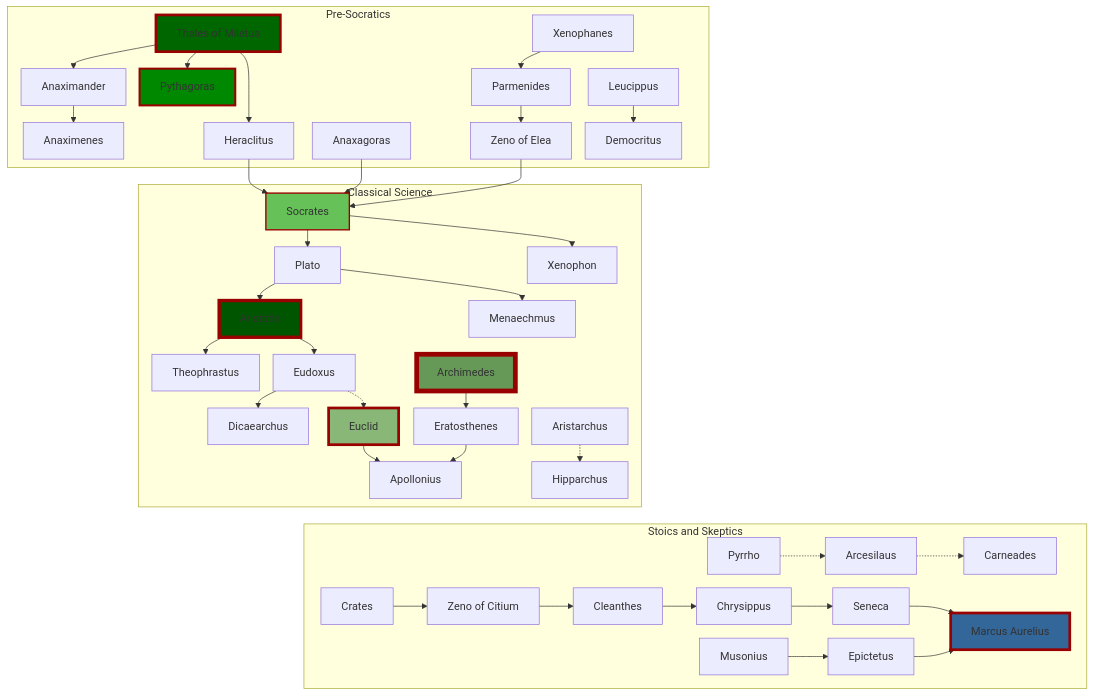
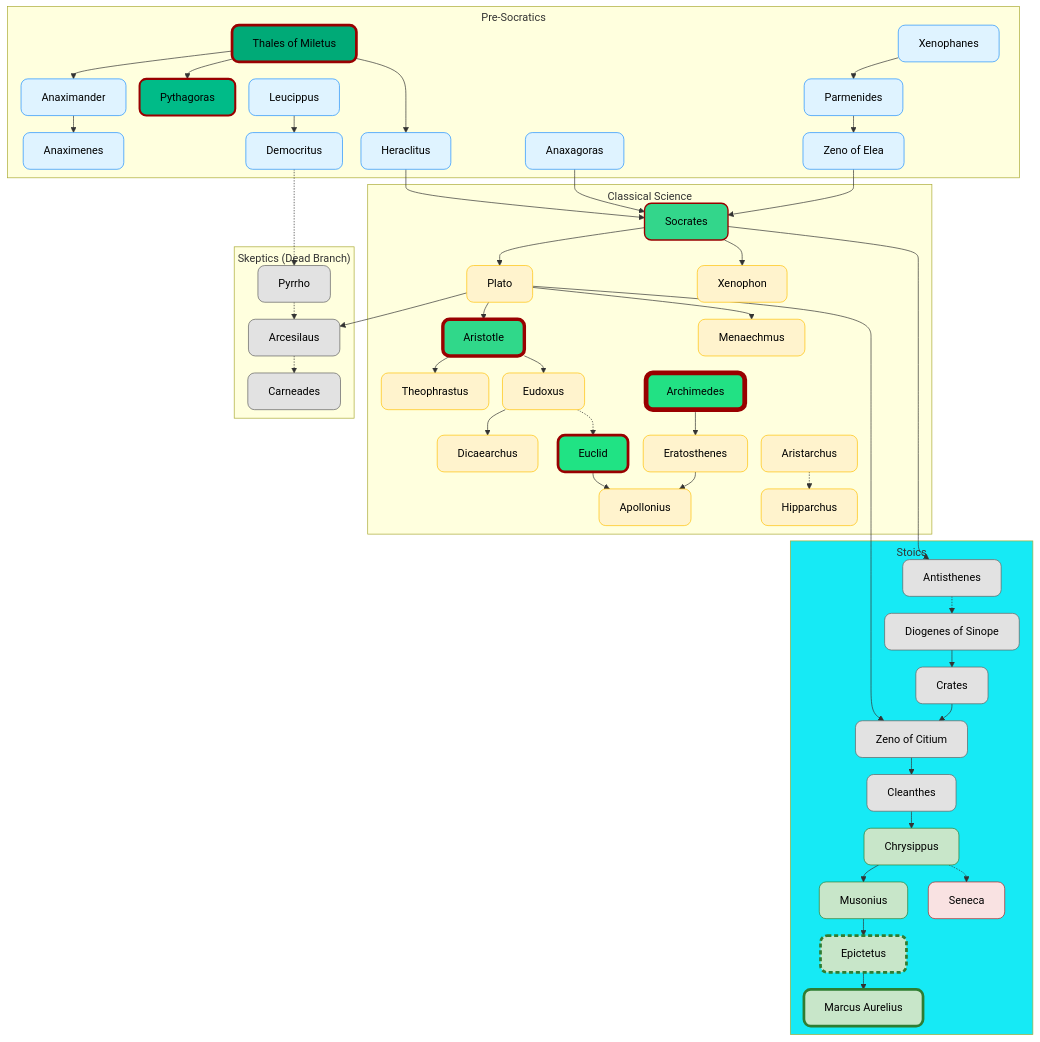
One commit to Gervi-Hera-Vitr/sindri-labs changed the diagram in site/_includes/diagrams/philosophers.mmd. Above: the diagram before and after it, drawn with Mermaid.

Commit message:
Corrected Captain's School of Morals Philosophy diagram

```diff
--- a/site/_includes/diagrams/philosophers.mmd
+++ b/site/_includes/diagrams/philosophers.mmd
@@ -1,102 +1,118 @@
-%%{init: {"flowchart": {"nodeSpacing": 20, "rankSpacing": 25}}}%%
+%%{init: {"flowchart": {"nodeSpacing": 20, "rankSpacing": 25, "subGraphTitleMargin": {"top": 5, "bottom": 10}}}}%%
 graph TD
 %% Transparent background is renderer-dependent; fallbacks applied manually
 
 %% === Pre-Socratics ===
     Thales["Thales of Miletus"] --> Anaximander["Anaximander"]
     Anaximander --> Anaximenes["Anaximenes"]
     Thales --> Pythagoras["Pythagoras"]
     Thales --> Heraclitus["Heraclitus"]
     Heraclitus --> Socrates["Socrates"]
     Anaxagoras["Anaxagoras"] --> Socrates
     Xenophanes["Xenophanes"] --> Parmenides["Parmenides"] --> Zeno_of_Elea["Zeno of Elea"] --> Socrates
     Leucippus["Leucippus"] --> Democritus["Democritus"]
 
 %% === Classical ===
     Socrates --> Plato["Plato"]
     Plato --> Aristotle["Aristotle"]
     Socrates --> Xenophon["Xenophon"]
     Plato --> Menaechmus["Menaechmus"]
     Aristotle --> Theophrastus["Theophrastus"]
     Aristotle --> Eudoxus["Eudoxus"]
     Eudoxus --> Dicaearchus["Dicaearchus"]
     Eudoxus -.-> Euclid["Euclid"]
     Euclid --> Apollonius["Apollonius"]
     Aristarchus["Aristarchus"] -.-> Hipparchus["Hipparchus"]
     Archimedes["Archimedes"] --> Eratosthenes["Eratosthenes"] --> Apollonius
 
 %% === Stoics & Skeptics ===
-    Crates["Crates"] --> ZenoC["Zeno of Citium"] --> Cleanthes["Cleanthes"] --> Chrysippus["Chrysippus"]
-    Pyrrho["Pyrrho"] -.-> Arcesilaus["Arcesilaus"] -.-> Carneades["Carneades"]
-    Chrysippus --> Seneca["Seneca"]
-    Seneca --> Marcus["Marcus Aurelius"]
-    Musonius["Musonius"] --> Epictetus["Epictetus"] --> Marcus
+    Socrates --> Antisthenes["Antisthenes"]
+    Antisthenes -.-> DiogenesS["Diogenes of Sinope"] --> Crates["Crates"]
+    Plato --> ZenoC["Zeno of Citium"]
+    Crates --> ZenoC --> Cleanthes["Cleanthes"] --> Chrysippus["Chrysippus"]
+    Plato --> Arcesilaus["Arcesilaus"]
+    Democritus -.-> Pyrrho["Pyrrho"]
+    Pyrrho -.-> Arcesilaus -.-> Carneades["Carneades"]
+    Chrysippus --> Musonius["Musonius"]
+    Chrysippus -.-> Seneca["Seneca"]
+    Musonius --> Epictetus["Epictetus"] --> Marcus["Marcus Aurelius"]
 
 %% === Subgraphs for clarity ===
     subgraph PRE[Pre-Socratics]
         Thales
         Anaximander
         Anaximenes
         Pythagoras
         Heraclitus
         Xenophanes
         Parmenides
         Zeno_of_Elea
         Anaxagoras
         Leucippus
         Democritus
     end
 
     subgraph CLASSICS[Classical Science]
         Socrates
         Plato
         Aristotle
         Xenophon
         Menaechmus
         Theophrastus
         Eudoxus
         Dicaearchus
         Euclid
         Archimedes
         Aristarchus
         Hipparchus
         Eratosthenes
         Apollonius
     end
 
-    subgraph STCS[Stoics and Skeptics]
+    subgraph STCS[Stoics]
+        Antisthenes
+        DiogenesS
         Crates
         ZenoC
         Cleanthes
         Chrysippus
-        Pyrrho
-        Arcesilaus
-        Carneades
         Seneca
         Musonius
         Epictetus
         Marcus
     end
 
+    subgraph SKPT["Skeptics (Dead Branch)"]
+        Pyrrho
+        Arcesilaus
+        Carneades
+    end
+
 %% === Forced Styling for Compatibility (basic) ===
-    classDef presocratic fill:#dff3ff,stroke:#1e90ff,color:#000;
-    classDef classical fill:#fff3cd,stroke:#ffc107,color:#000;
-    classDef stoic fill:#e2e2e2,stroke:#606060,color:#000;
-    classDef roman fill:#f9e2e2,stroke:#b22222,color:#000;
-    classDef rounded rx:10,ry:10;
+    classDef presocratic fill:#dff3ff,stroke:#1e90ff,color:#000,rx:10,ry:10;
+    classDef classical fill:#fff3cd,stroke:#ffc107,color:#000,rx:10,ry:10;
+    classDef stoic fill:#e2e2e2,stroke:#606060,color:#000,rx:10,ry:10;
+    classDef roman fill:#f9e2e2,stroke:#b22222,color:#000,rx:10,ry:10;
 
-    class Thales,Anaximander,Anaximenes,Pythagoras,Heraclitus,Xenophanes,Parmenides,Zeno_of_Elea,Anaxagoras,Leucippus,Democritus presocratic,rounded;
-    class Socrates,Plato,Aristotle,Xenophon,Menaechmus,Theophrastus,Eudoxus,Dicaearchus,Euclid,Archimedes,Aristarchus,Hipparchus,Eratosthenes,Apollonius classical,rounded;
-    class Crates,ZenoC,Cleanthes,Chrysippus stoic,rounded;
-    class Pyrrho,Arcesilaus,Carneades stoic,rounded;
-    class Seneca,Musonius,Epictetus,Marcus roman,rounded;
+    class Thales,Anaximander,Anaximenes,Pythagoras,Heraclitus,Xenophanes,Parmenides,Zeno_of_Elea,Anaxagoras,Leucippus,Democritus presocratic;
+    class Socrates,Plato,Aristotle,Xenophon,Menaechmus,Theophrastus,Eudoxus,Dicaearchus,Euclid,Archimedes,Aristarchus,Hipparchus,Eratosthenes,Apollonius classical;
+    class Antisthenes,DiogenesS,Crates,ZenoC,Cleanthes,Chrysippus stoic;
+    class Pyrrho,Arcesilaus,Carneades stoic;
+    class Seneca,Musonius,Epictetus,Marcus roman;
 
-    style Thales stroke-width:4px, fill:#006600FF,stroke:#990000FF
-    style Pythagoras stroke-width:3px, fill:#008800FF,stroke:#990000FF
-    style Socrates stroke-width:2px, fill:#00990099,stroke:#990000FF
-    style Aristotle stroke-width:5px, fill:#005500FF,stroke:#990000FF
-    style Euclid stroke-width:4px, fill:#00660077,stroke:#990000FF
-    style Archimedes stroke-width:7px, fill:#00550099,stroke:#990000FF
-    style Marcus stroke-width:4px, fill:#336699FF,stroke:#990000FF
+    style Thales stroke-width:4px, fill:#00AA77FF,stroke:#990000FF
+    style Pythagoras stroke-width:3px, fill:#00BB88FF,stroke:#990000FF
+    style Socrates stroke-width:2px, fill:#00CC77CC,stroke:#990000FF
+    style Aristotle stroke-width:5px, fill:#00CF77CF,stroke:#990000FF
+    style Euclid stroke-width:4px, fill:#00DF77DF,stroke:#990000FF
+    style Archimedes stroke-width:7px, fill:#00DD77DD,stroke:#990000FF
+    %% Green cells: correct abstract knowledge — codified at Chrysippus, carried to Marcus
+    style Chrysippus fill:#c8e6c9,stroke:#2e7d32
+    style Musonius fill:#c8e6c9,stroke:#2e7d32
+    style Epictetus fill:#c8e6c9,stroke:#2e7d32,stroke-width:4px,stroke-dasharray:6 4
+    style Marcus stroke-width:4px, fill:#c8e6c9,stroke:#2e7d32
+    style Seneca fill:#f9e2e2,stroke:#b22222,stroke-width:1px
+
+    style STCS fill:#00E8f5E9
 
     PRE ~~~~~~~~~~~ STCS
```
